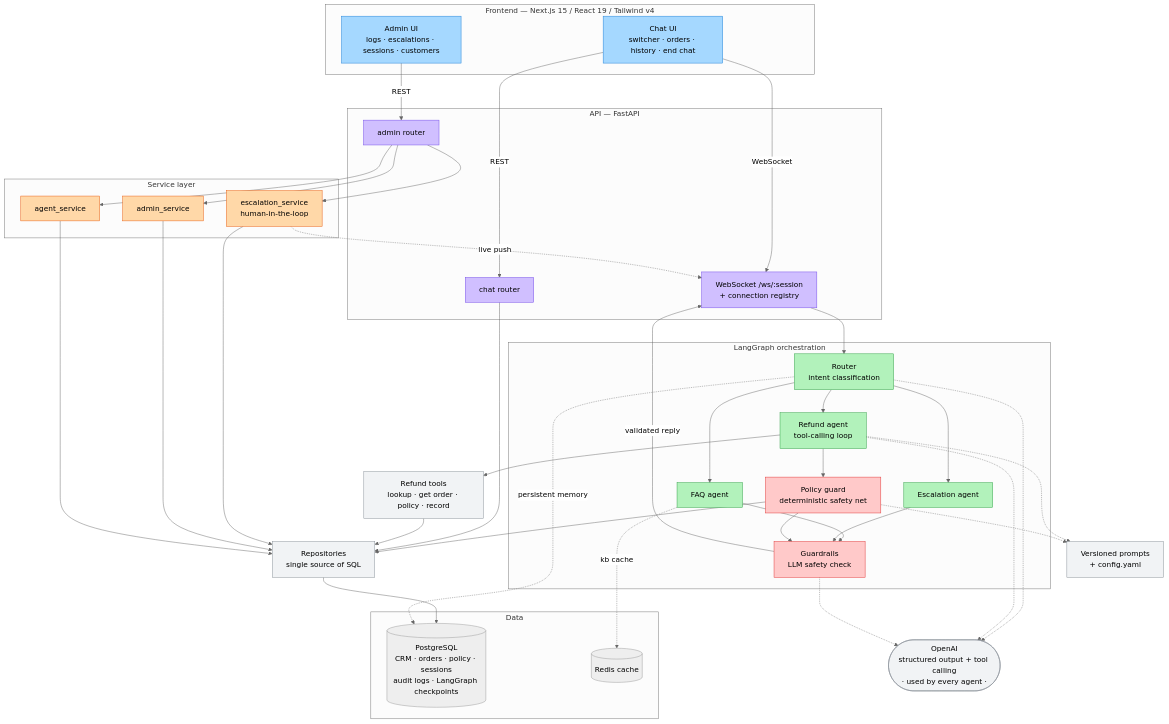
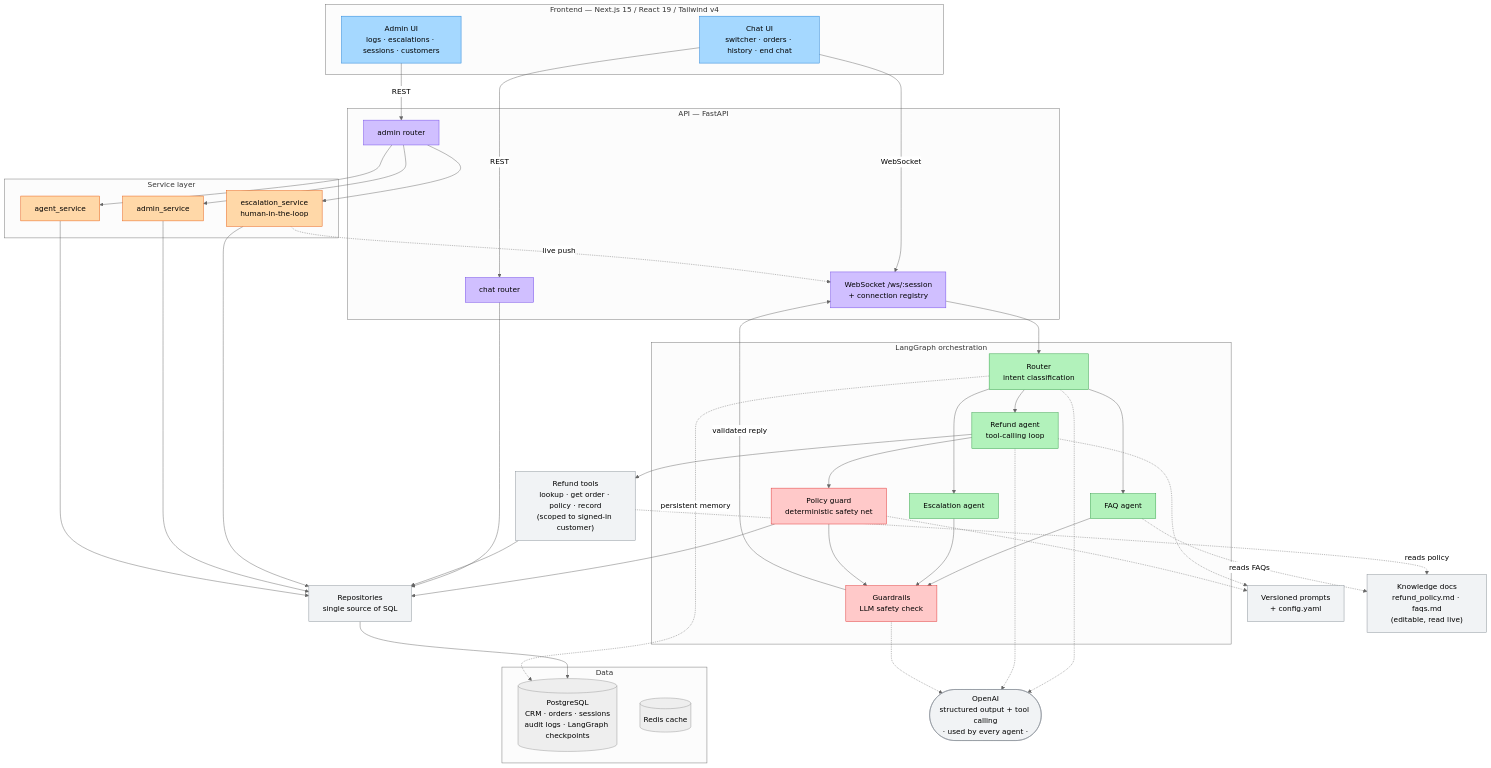
Before and after one commit to naveenaddanki84/customer_support_agent_ecom: the diagram in README.md, drawn with Mermaid (neutral theme). The commit also changed other lines of this file and 1 other file, not shown here.

First line of the commit message:
docs: README + diagram reflect editable docs, new policy rules, and hardening

````diff
--- a/README.md
+++ b/README.md
@@ -110,13 +110,14 @@
         GR["Guardrails<br/>LLM safety check"]
     end
 
-    TOOLS["Refund tools<br/>lookup · get order · policy · record"]
+    TOOLS["Refund tools<br/>lookup · get order · policy · record<br/>(scoped to signed-in customer)"]
     REPO["Repositories<br/>single source of SQL"]
     LLM(["OpenAI<br/>structured output + tool calling<br/>· used by every agent ·"])
     CFG["Versioned prompts<br/>+ config.yaml"]
+    DOCS["Knowledge docs<br/>refund_policy.md · faqs.md<br/>(editable, read live)"]
 
     subgraph DATA["Data"]
-        PG[("PostgreSQL<br/>CRM · orders · policy · sessions<br/>audit logs · LangGraph checkpoints")]
+        PG[("PostgreSQL<br/>CRM · orders · sessions<br/>audit logs · LangGraph checkpoints")]
         RED[("Redis cache")]
     end
 
@@ -146,7 +147,10 @@
     AGT_S --> REPO
     REPO --> PG
     RT -.->|persistent memory| PG
-    FAQ -.->|kb cache| RED
+
+    %% ---- editable knowledge documents ----
+    TOOLS -.->|reads policy| DOCS
+    FAQ -.->|reads FAQs| DOCS
 
     %% ---- shared dependencies ----
     RT -.-> LLM
@@ -167,5 +171,5 @@
     class ESC_S,ADM_S,AGT_S svc
     class RT,FAQ,RF,ES agent
     class PGRD,GR safety
-    class TOOLS,REPO,LLM,CFG dep
+    class TOOLS,REPO,LLM,CFG,DOCS dep
 ```
````
